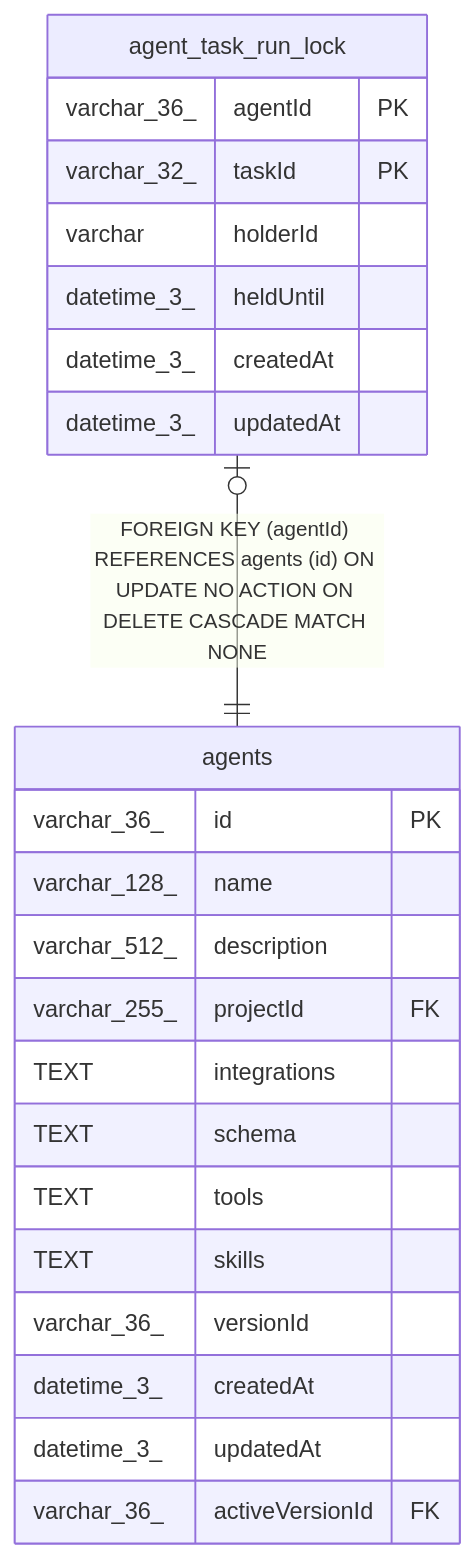
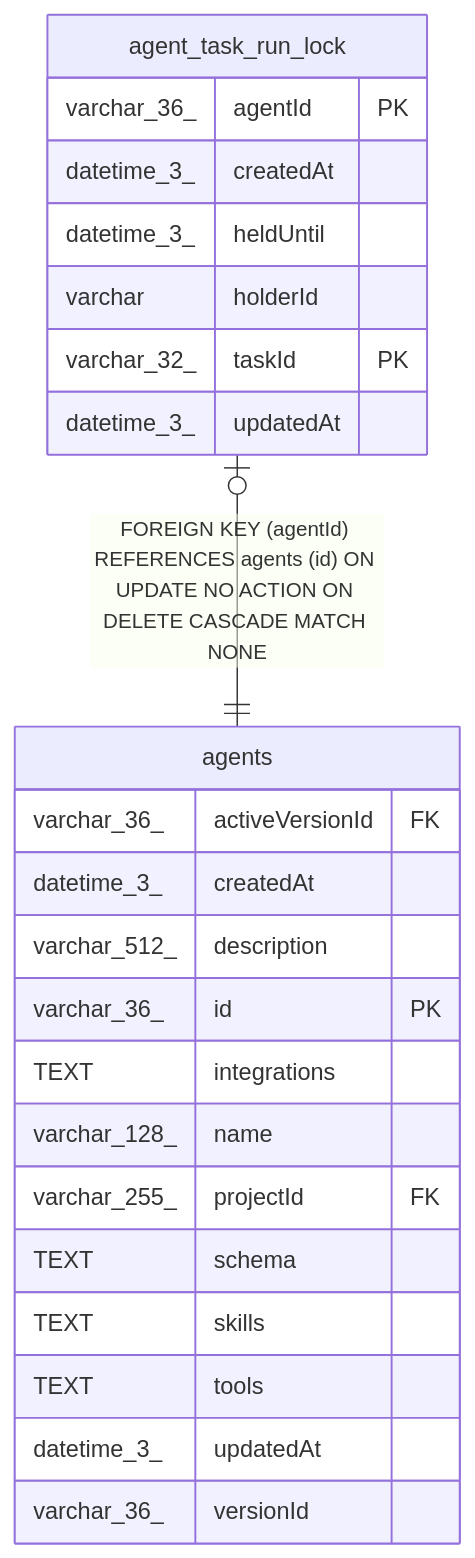
One commit to mayankjain1815-commits/n8n changed the diagram in docs/generated/sqlite-schema/agent_task_run_lock.md. Above: the diagram before and after it, drawn with Mermaid. The commit also changed other lines of this file and 221 other files, not shown here.

Commit message:
chore(core): Make DB schema docs generation deterministic (#32373)

````diff
--- a/docs/generated/sqlite-schema/agent_task_run_lock.md
+++ b/docs/generated/sqlite-schema/agent_task_run_lock.md
@@ -42,28 +42,28 @@
 ```mermaid
 erDiagram
 
 "agent_task_run_lock" |o--|| "agents" : "FOREIGN KEY (agentId) REFERENCES agents (id) ON UPDATE NO ACTION ON DELETE CASCADE MATCH NONE"
 
 "agent_task_run_lock" {
   varchar_36_ agentId PK
+  datetime_3_ createdAt
+  datetime_3_ heldUntil
+  varchar holderId
   varchar_32_ taskId PK
-  varchar holderId
-  datetime_3_ heldUntil
-  datetime_3_ createdAt
   datetime_3_ updatedAt
 }
 "agents" {
+  varchar_36_ activeVersionId FK
+  datetime_3_ createdAt
+  varchar_512_ description
   varchar_36_ id PK
+  TEXT integrations
   varchar_128_ name
-  varchar_512_ description
   varchar_255_ projectId FK
-  TEXT integrations
   TEXT schema
+  TEXT skills
   TEXT tools
-  TEXT skills
+  datetime_3_ updatedAt
   varchar_36_ versionId
-  datetime_3_ createdAt
-  datetime_3_ updatedAt
-  varchar_36_ activeVersionId FK
 }
 ```
````
